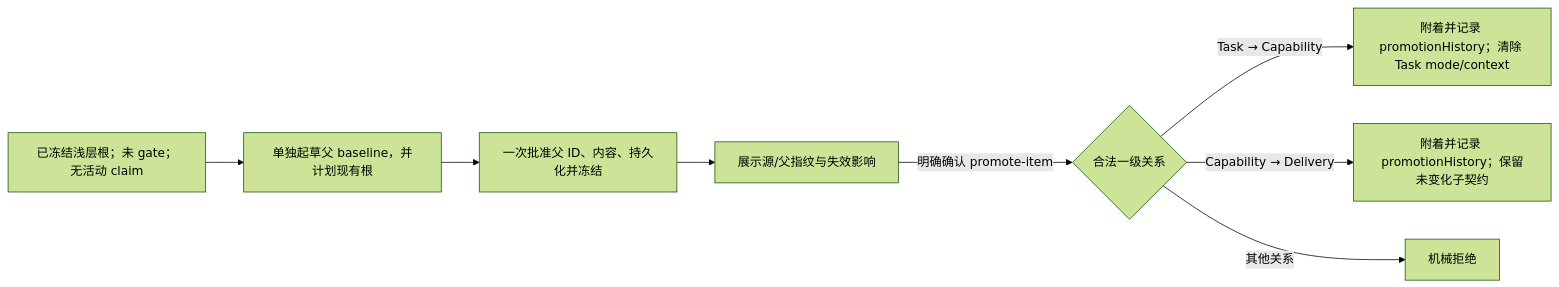
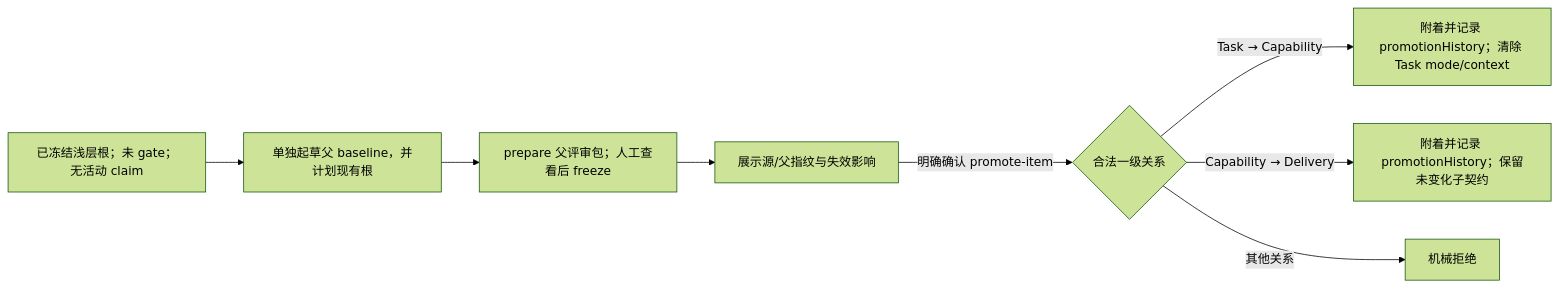
One commit to feng123321li/gated-ai-dev-loop changed the second of 3 diagrams in skills/hierarchical-delivery-governance/references/workflow.md. Above: the diagram before and after it, drawn with Mermaid (forest theme). The commit also changed other lines of this file and 24 other files, not shown here.

````diff
--- a/skills/hierarchical-delivery-governance/references/workflow.md
+++ b/skills/hierarchical-delivery-governance/references/workflow.md
@@ -41,10 +42,10 @@
 ```mermaid
 flowchart LR
     S["已冻结浅层根；未 gate；无活动 claim"] --> P["单独起草父 baseline，并计划现有根"]
-    P --> F["一次批准父 ID、内容、持久化并冻结"]
+    P --> F["prepare 父评审包；人工查看后 freeze"]
     F --> C2["展示源/父指纹与失效影响"]
     C2 -->|"明确确认 promote-item"| K{"合法一级关系"}
     K -->|"Task → Capability"| TC["附着并记录 promotionHistory；清除 Task mode/context"]
     K -->|"Capability → Delivery"| CD["附着并记录 promotionHistory；保留未变化子契约"]
     K -->|"其他关系"| X["机械拒绝"]
 ```
````
